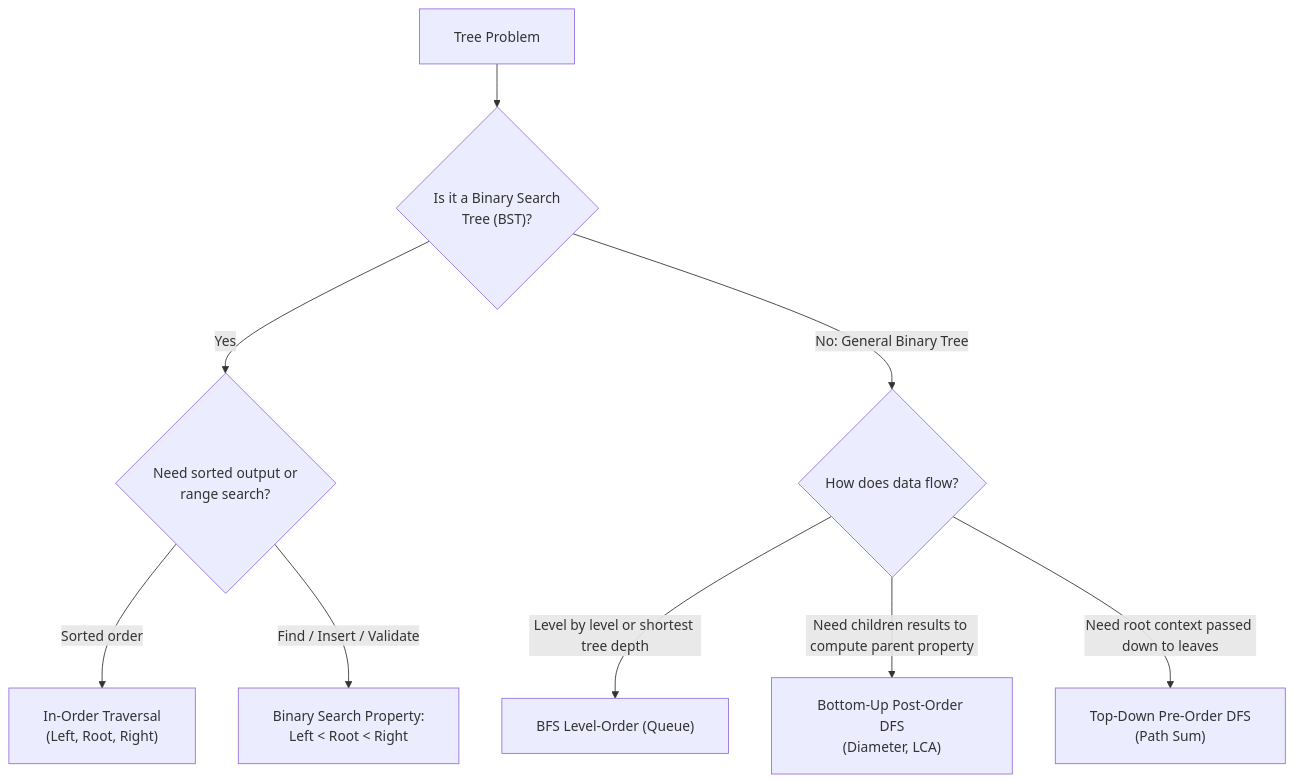
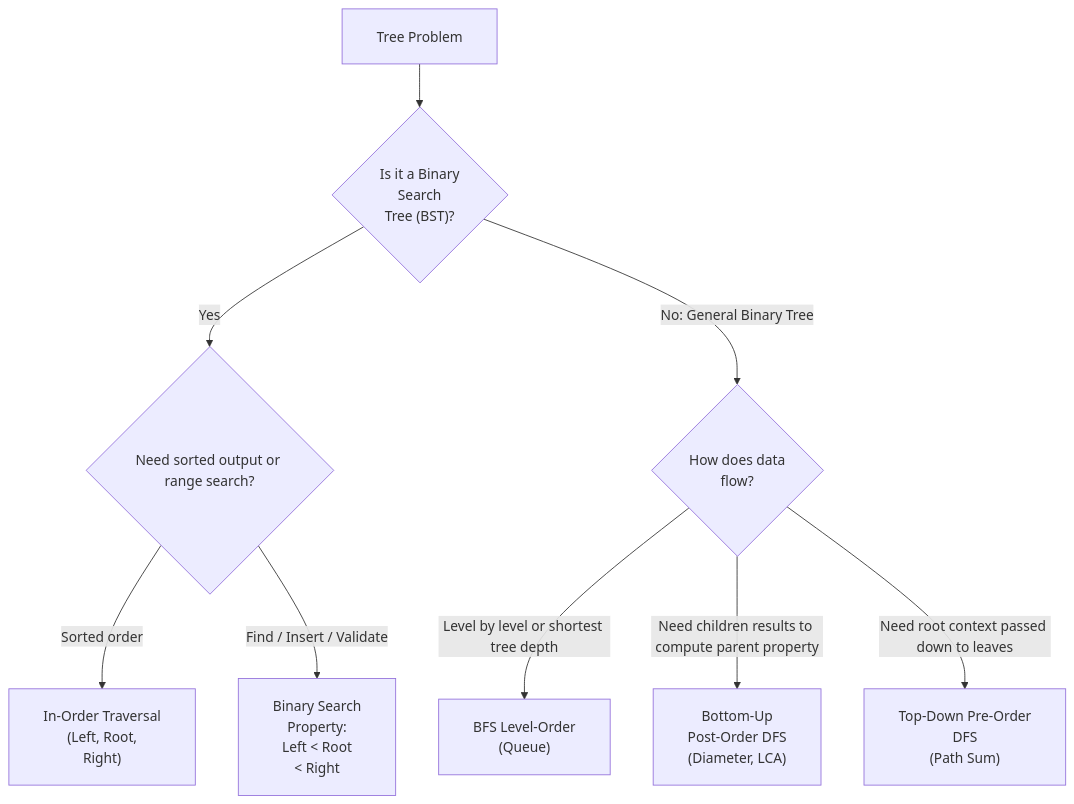
Before and after one commit to dip4k/DSA_102: the diagram in week_07_trees_and_balanced_search_trees/support files/Week_07_Problem_Solving_Roadmap.md, drawn with Mermaid. The commit also changed 106 other files, not shown here.

First line of the commit message:
fix(mermaid): prevent text clipping with foreignObject overflow and tighter line wrapping

````diff
--- a/week_07_trees_and_balanced_search_trees/support files/Week_07_Problem_Solving_Roadmap.md
+++ b/week_07_trees_and_balanced_search_trees/support files/Week_07_Problem_Solving_Roadmap.md
@@ -16,12 +16,12 @@
 ```mermaid
-%%{init: {"flowchart": {"htmlLabels": true, "padding": 20}}}%%
+%%{init: {"flowchart": {"htmlLabels": true, "padding": 20}, "themeCSS": "foreignObject { overflow: visible !important; }"}}%%
 flowchart TD
-    Start["Tree Problem"] --> Q1{"Is it a Binary Search<br/>Tree (BST)?"}
-    Q1 -->|Yes| Q2{"Need sorted output or<br/>range search?"}
-    Q2 -->|Sorted order| P1["In-Order Traversal<br/>(Left, Root, Right)"]
-    Q2 -->|Find / Insert / Validate| P2["Binary Search Property:<br/>Left &lt; Root &lt; Right"]
-    Q1 -->|No: General Binary Tree| Q3{"How does data flow?"}
-    Q3 -->|Level by level or shortest tree depth| P3["BFS Level-Order (Queue)"]
-    Q3 -->|Need children results to compute parent property| P4["Bottom-Up Post-Order DFS<br/>(Diameter, LCA)"]
-    Q3 -->|Need root context passed down to leaves| P5["Top-Down Pre-Order DFS<br/>(Path Sum)"]
+    Start["Tree Problem"] --> Q1{"Is it a Binary<br/>Search<br/>Tree (BST)?"}
+    Q1 -->|Yes| Q2{"Need sorted output or range search?"}
+    Q2 -->|Sorted order| P1["In-Order Traversal<br/>(Left, Root,<br/>Right)"]
+    Q2 -->|Find / Insert / Validate| P2["Binary Search<br/>Property:<br/>Left &lt; Root<br/>&lt; Right"]
+    Q1 -->|No: General Binary Tree| Q3{"How does data<br/>flow?"}
+    Q3 -->|Level by level or shortest tree depth| P3["BFS Level-Order<br/>(Queue)"]
+    Q3 -->|Need children results to compute parent property| P4["Bottom-Up<br/>Post-Order DFS<br/>(Diameter, LCA)"]
+    Q3 -->|Need root context passed down to leaves| P5["Top-Down Pre-Order<br/>DFS<br/>(Path Sum)"]
 ```
````
